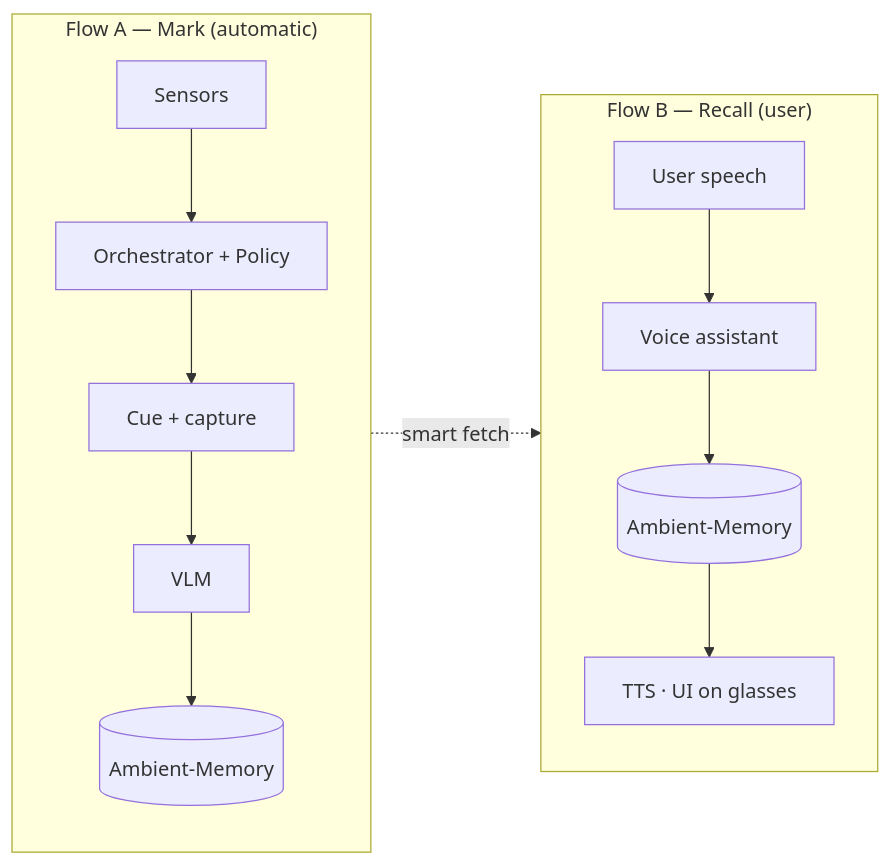
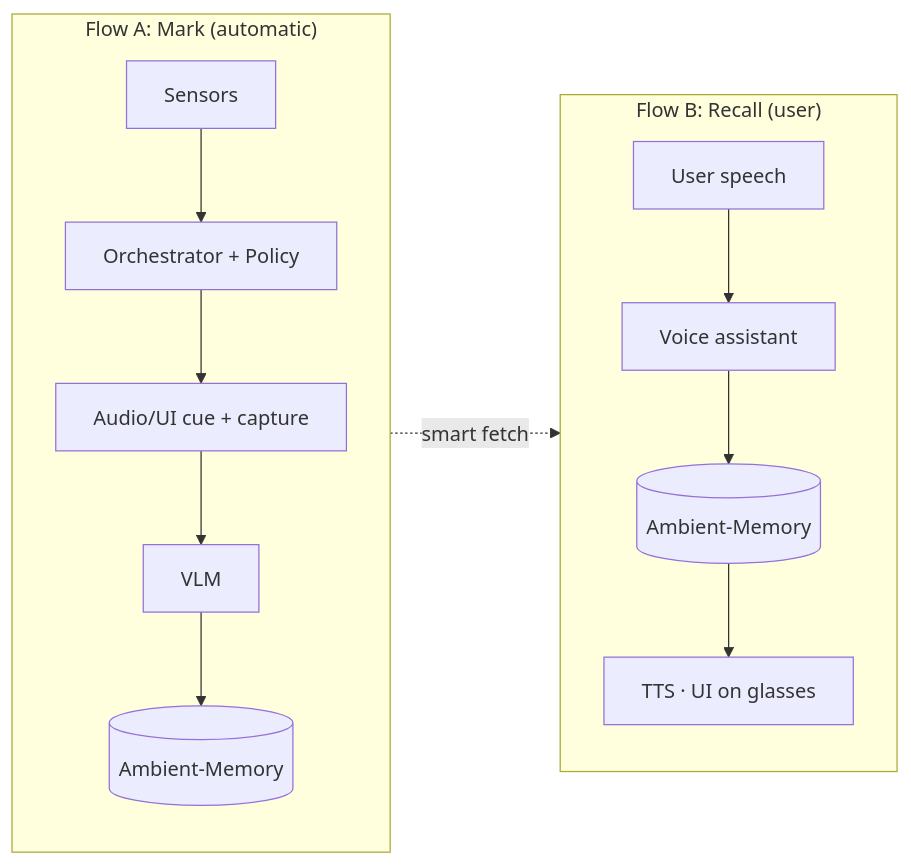
Before and after one commit to penkesiva/wer-26: the third of 3 diagrams in tmp/idea2.md, drawn with Mermaid. The commit also changed other lines of this file and 2 other files, not shown here.

First line of the commit message:
docs(idea2): clarify audio/UI cues vs text retrieval cues

````diff
--- a/tmp/idea2.md
+++ b/tmp/idea2.md
@@ -110,19 +119,19 @@
 ```mermaid
 flowchart LR
-    subgraph Park["Flow A — Mark (automatic)"]
+    subgraph Park["Flow A: Mark (automatic)"]
         direction TB
         A1[Sensors] --> A2[Orchestrator + Policy]
-        A2 --> A3[Cue + capture]
+        A2 --> A3[Audio/UI cue + capture]
         A3 --> A4[VLM]
         A4 --> A5[(Ambient-Memory)]
     end
 
-    subgraph Recall["Flow B — Recall (user)"]
+    subgraph Recall["Flow B: Recall (user)"]
         direction TB
         B1[User speech] --> B2[Voice assistant]
         B2 --> B5[(Ambient-Memory)]
         B5 --> B3[TTS · UI on glasses]
     end
 
     A5 -.->|smart fetch| B5
 ```
````
